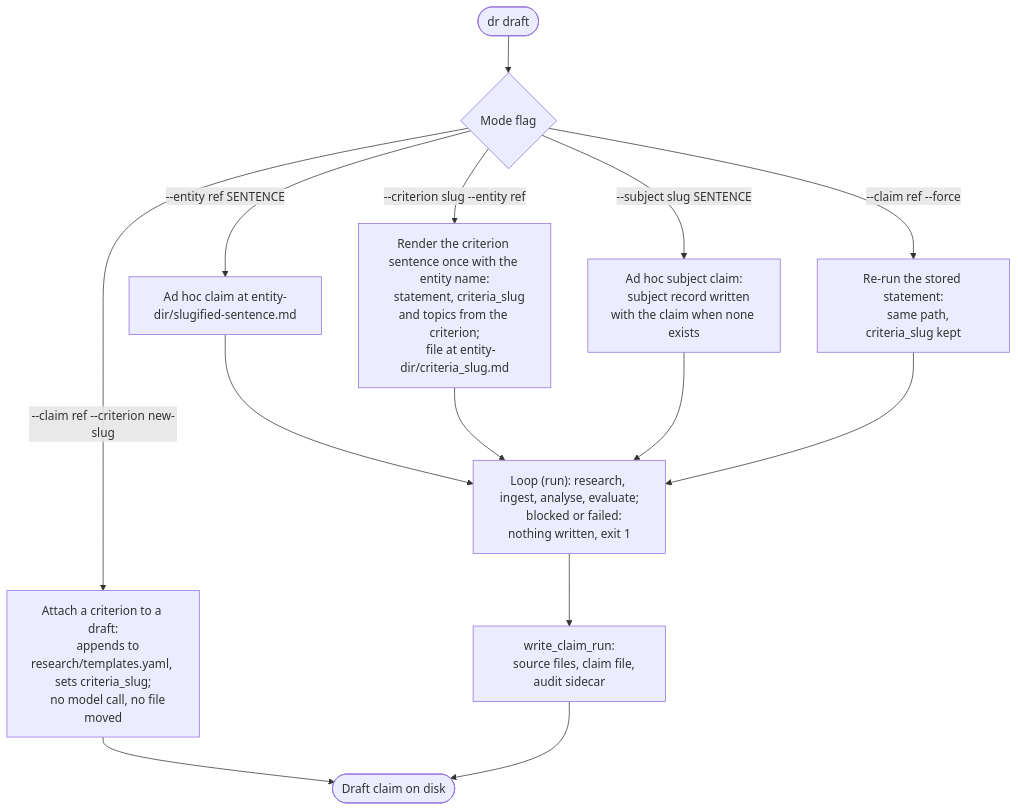
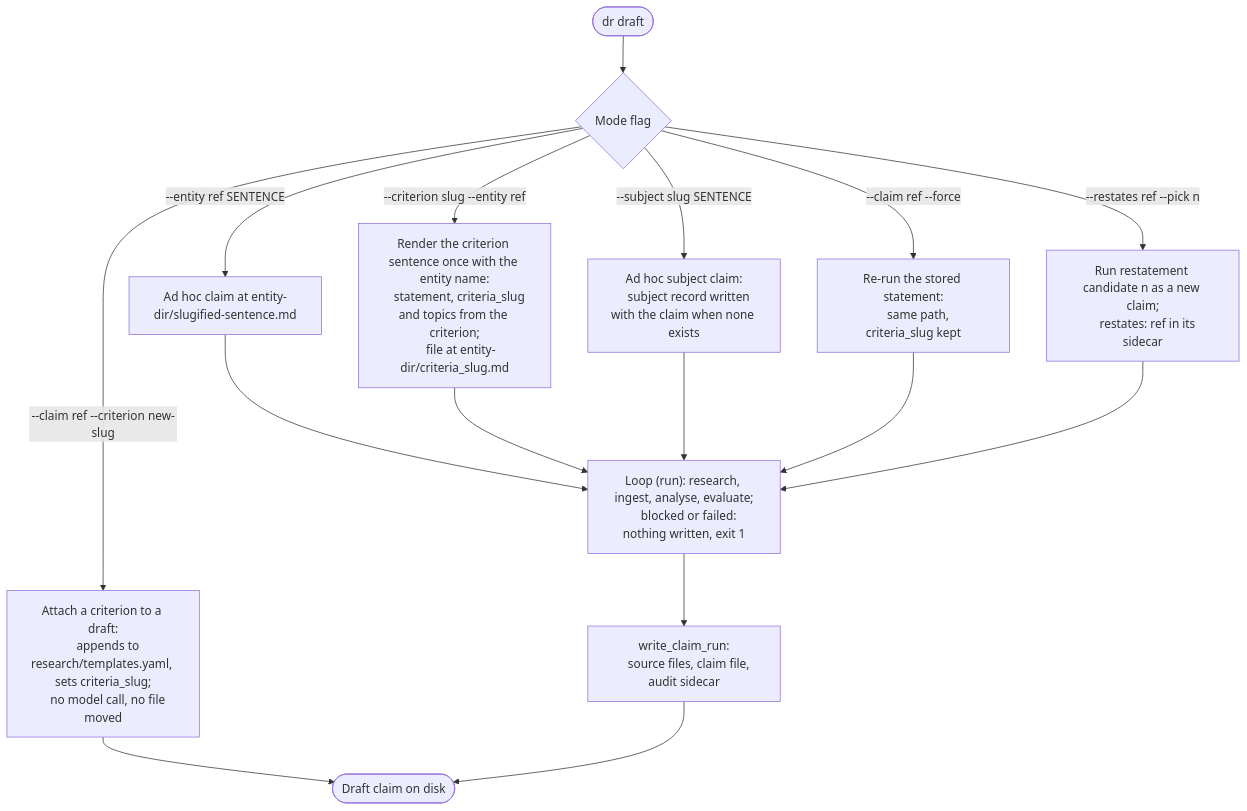
The fourth of 6 diagrams in docs/architecture/research-flow.md (dangerous-robot/site), drawn with Mermaid before and after one commit. The commit also changed 25 other files, not shown here.

````diff
--- a/docs/architecture/research-flow.md
+++ b/docs/architecture/research-flow.md
@@ -135,25 +135,28 @@
 ```mermaid
 flowchart TD
     A([dr draft]) --> M{Mode flag}
     M -->|--entity ref SENTENCE| R1[Ad hoc claim at entity-dir/slugified-sentence.md]
     M -->|--criterion slug --entity ref| R2["Render the criterion sentence once with the entity name:
     statement, criteria_slug and topics from the criterion;
     file at entity-dir/criteria_slug.md"]
     M -->|--subject slug SENTENCE| R3["Ad hoc subject claim:
     subject record written with the claim when none exists"]
     M -->|--claim ref --force| R4["Re-run the stored statement:
     same path, criteria_slug kept"]
     M -->|--claim ref --criterion new-slug| R5["Attach a criterion to a draft:
     appends to research/templates.yaml, sets criteria_slug;
     no model call, no file moved"]
+    M -->|--restates ref --pick n| R6["Run restatement candidate n as a new claim;
+    restates: ref in its sidecar"]
     R1 --> LOOP
     R2 --> LOOP
     R3 --> LOOP
     R4 --> LOOP
+    R6 --> LOOP
     LOOP["Loop (run): research, ingest, analyse, evaluate;
     blocked or failed: nothing written, exit 1"]
     LOOP --> W["write_claim_run:
     source files, claim file, audit sidecar"]
     R5 --> DONE([Draft claim on disk])
     W --> DONE
 ```
````
